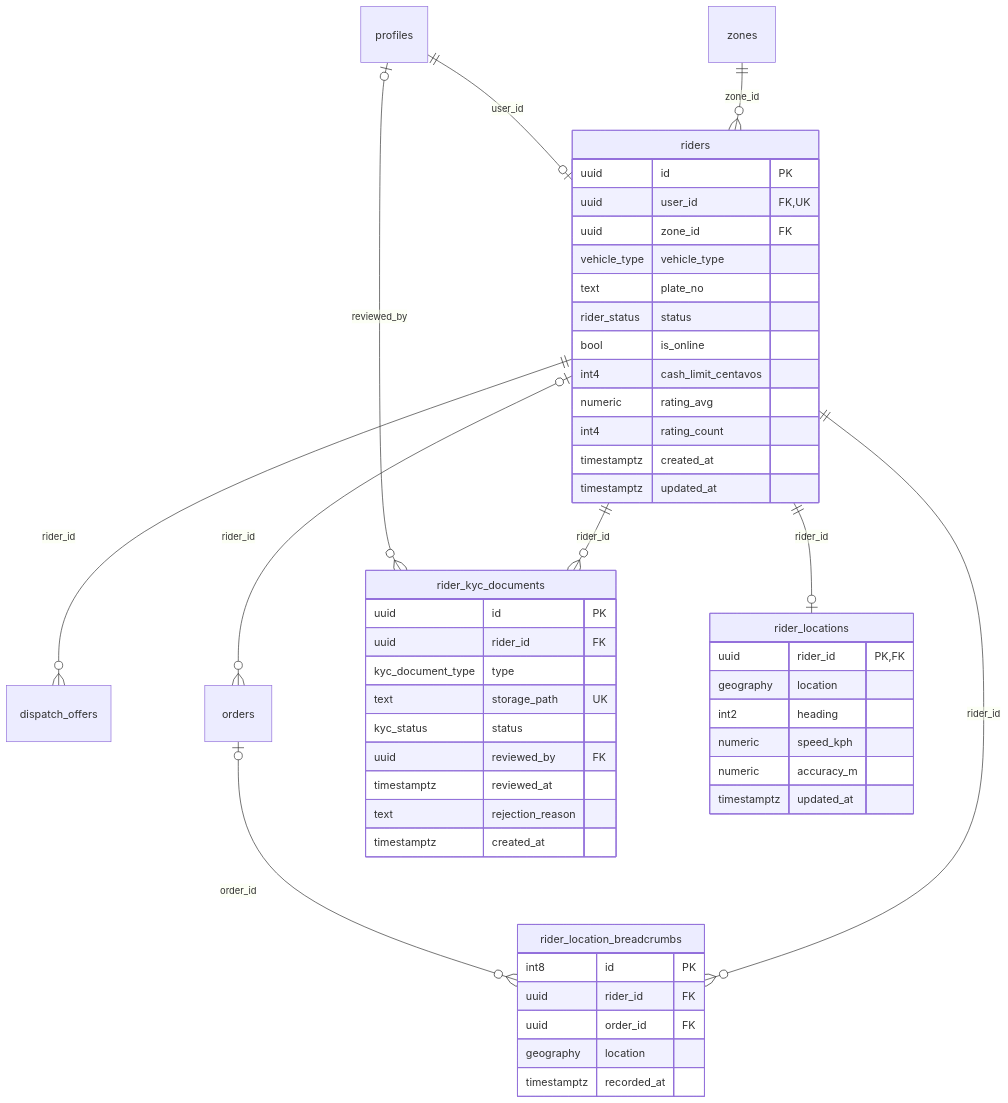
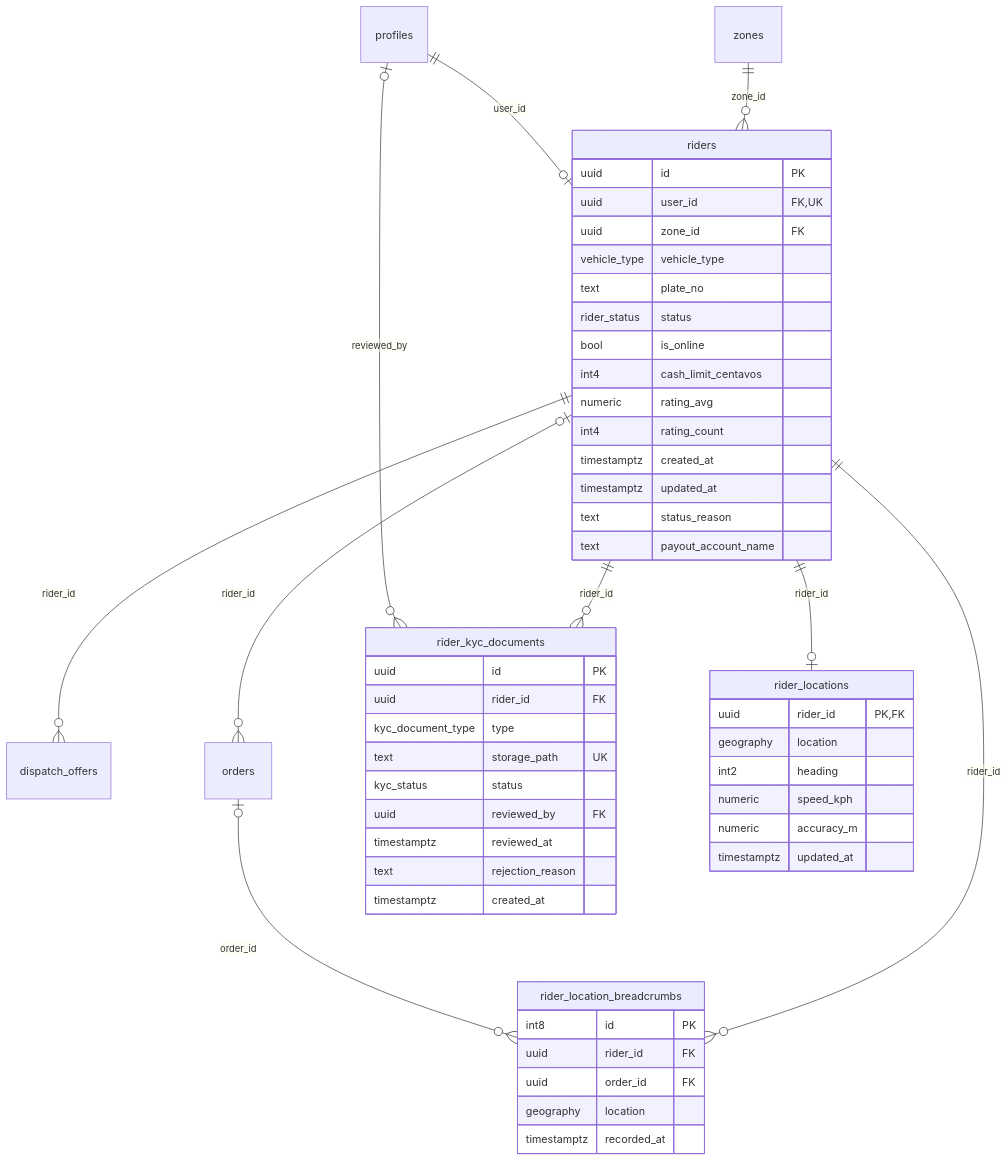
Before and after one commit to Klik-Go/delivery-services: the third of 6 diagrams in docs/ERD.md, drawn with Mermaid. The commit also changed other lines of this file and 120 other files, not shown here.

````diff
--- a/docs/ERD.md
+++ b/docs/ERD.md
@@ -230,52 +234,54 @@
 ```mermaid
 erDiagram
   riders ||--o{ dispatch_offers : "rider_id"
   riders |o--o{ orders : "rider_id"
   profiles |o--o{ rider_kyc_documents : "reviewed_by"
   riders ||--o{ rider_kyc_documents : "rider_id"
   orders |o--o{ rider_location_breadcrumbs : "order_id"
   riders ||--o{ rider_location_breadcrumbs : "rider_id"
   riders ||--o| rider_locations : "rider_id"
   profiles ||--o| riders : "user_id"
   zones ||--o{ riders : "zone_id"
   riders {
     uuid id PK
     uuid user_id FK, UK
     uuid zone_id FK
     vehicle_type vehicle_type
     text plate_no
     rider_status status
     bool is_online
     int4 cash_limit_centavos
     numeric rating_avg
     int4 rating_count
     timestamptz created_at
     timestamptz updated_at
+    text status_reason
+    text payout_account_name
   }
   rider_kyc_documents {
     uuid id PK
     uuid rider_id FK
     kyc_document_type type
     text storage_path UK
     kyc_status status
     uuid reviewed_by FK
     timestamptz reviewed_at
     text rejection_reason
     timestamptz created_at
   }
   rider_locations {
     uuid rider_id PK, FK
     geography location
     int2 heading
     numeric speed_kph
     numeric accuracy_m
     timestamptz updated_at
   }
   rider_location_breadcrumbs {
     int8 id PK
     uuid rider_id FK
     uuid order_id FK
     geography location
     timestamptz recorded_at
   }
 ```
````
